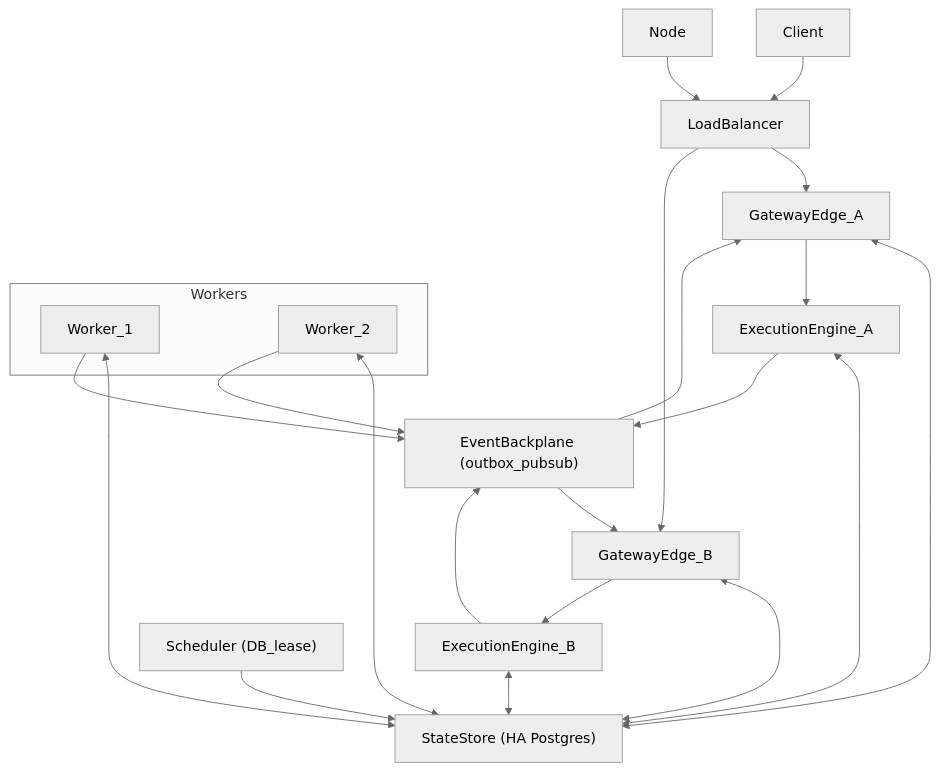
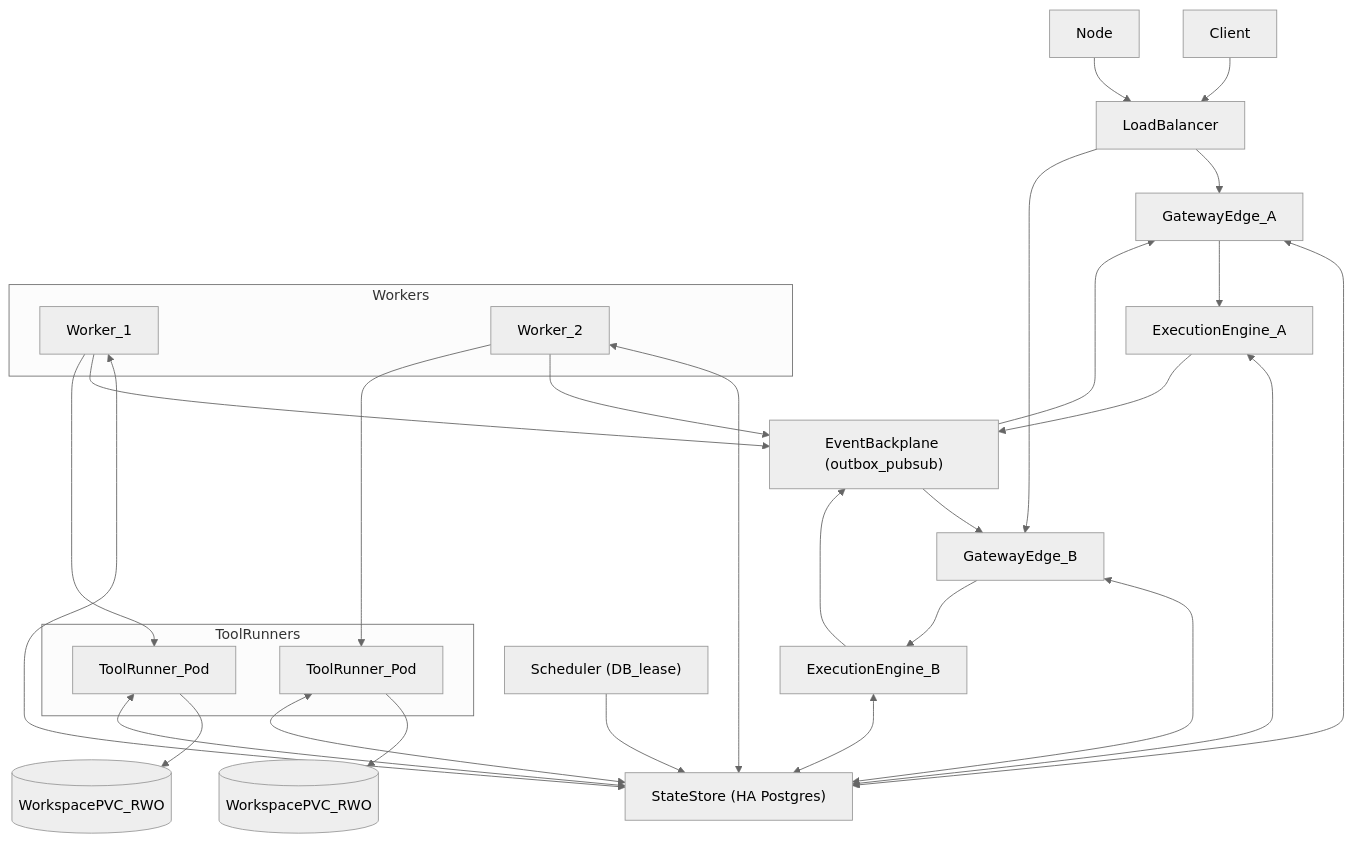
One commit to tyrumai/tyrum changed the second of 2 diagrams in docs/architecture/scaling-ha.md. Above: the diagram before and after it, drawn with Mermaid (neutral theme). The commit also changed other lines of this file and 82 other files, not shown here.

````diff
--- a/docs/architecture/scaling-ha.md
+++ b/docs/architecture/scaling-ha.md
@@ -118,35 +143,47 @@
 ```mermaid
 flowchart TB
   Client[Client] --> LB[LoadBalancer]
   NodeRuntime[Node] --> LB
 
   LB --> EdgeA[GatewayEdge_A]
   LB --> EdgeB[GatewayEdge_B]
 
   EdgeA <--> StateStore["StateStore (HA Postgres)"]
   EdgeB <--> StateStore
 
   EdgeA --> EngineA[ExecutionEngine_A]
   EdgeB --> EngineB[ExecutionEngine_B]
 
   EngineA <--> StateStore
   EngineB <--> StateStore
 
   subgraph workerPool[Workers]
     Worker1[Worker_1]
     Worker2[Worker_2]
   end
 
   Worker1 <--> StateStore
   Worker2 <--> StateStore
 
   Scheduler["Scheduler (DB_lease)"] --> StateStore
 
   Backplane["EventBackplane (outbox_pubsub)"]
   Worker1 --> Backplane
   Worker2 --> Backplane
   EngineA --> Backplane
   EngineB --> Backplane
   Backplane --> EdgeA
   Backplane --> EdgeB
+
+  subgraph toolrunnerPool[ToolRunners]
+    TR1[ToolRunner_Pod]
+    TR2[ToolRunner_Pod]
+  end
+
+  Worker1 --> TR1
+  Worker2 --> TR2
+  TR1 --> WorkspacePVC1[(WorkspacePVC_RWO)]
+  TR2 --> WorkspacePVC2[(WorkspacePVC_RWO)]
+  TR1 <--> StateStore
+  TR2 <--> StateStore
 ```
````
